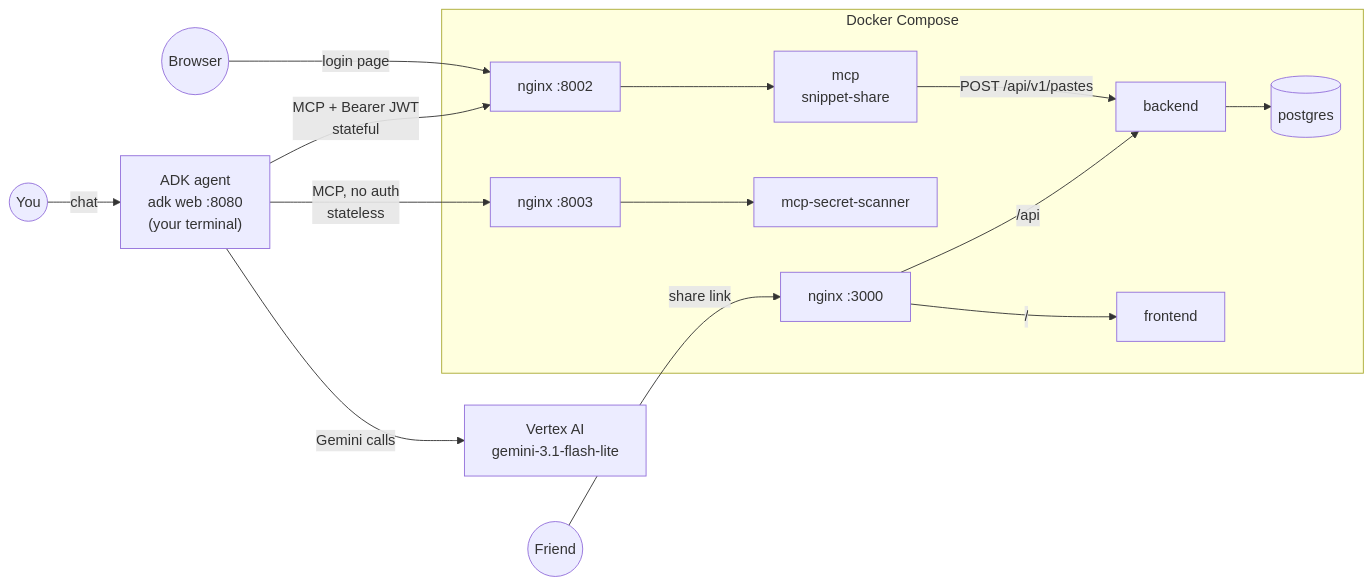
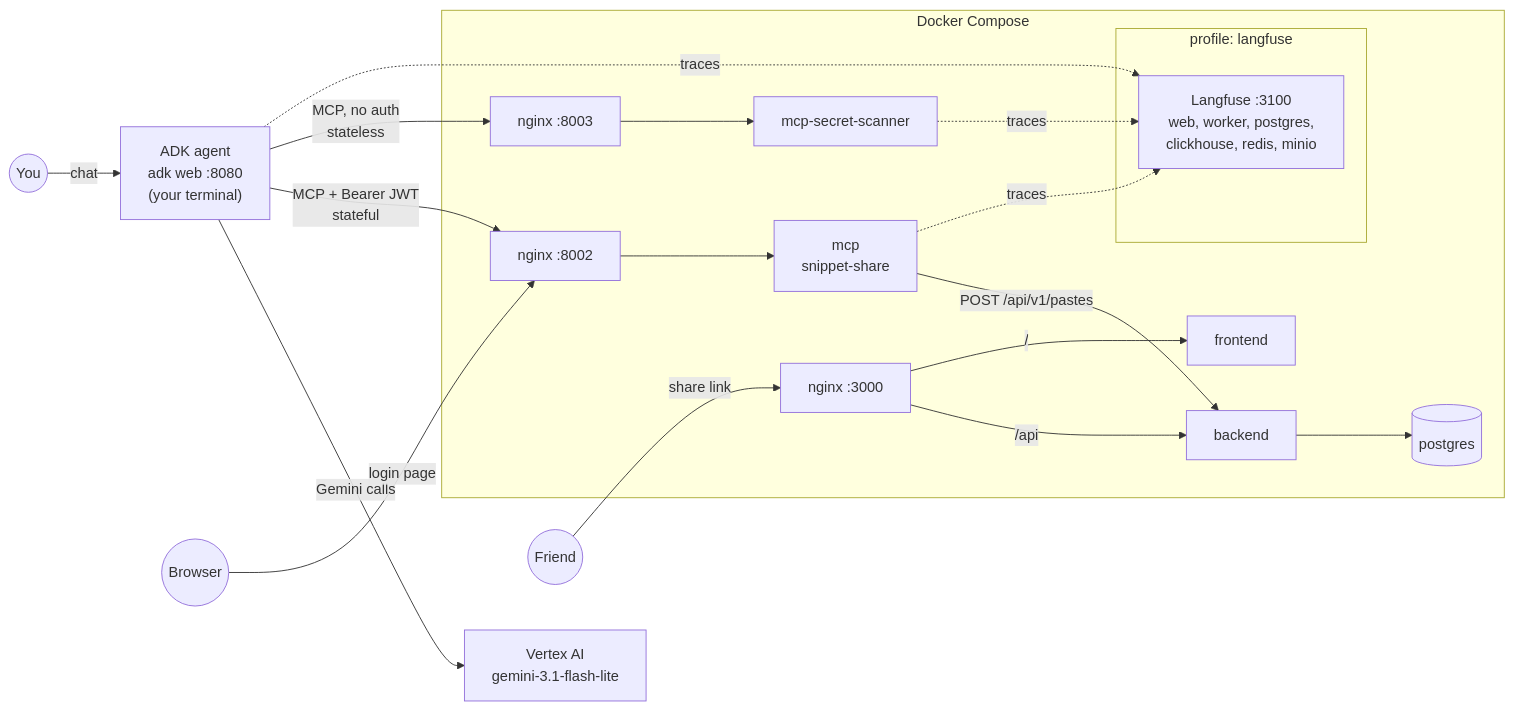
Before and after one commit to devinthoughtminds/snippet-share: the first of 3 diagrams in test-agent/TESTING.md, drawn with Mermaid. The commit also changed other lines of this file and 7 other files, not shown here.

Commit message:
feat: add Google ADK test agent and evaluation suite for MCP server testing

````diff
--- a/test-agent/TESTING.md
+++ b/test-agent/TESTING.md
@@ -16,19 +22,25 @@
 ```mermaid
 flowchart LR
     You((You)) -->|chat| ADK["ADK agent<br/>adk web :8080<br/>(your terminal)"]
     ADK -->|Gemini calls| Vertex[Vertex AI<br/>gemini-3.1-flash-lite]
     ADK -->|MCP + Bearer JWT<br/>stateful| N8002
     ADK -->|MCP, no auth<br/>stateless| N8003
+    ADK -.->|traces| LF
 
     subgraph Docker Compose
         N8002[nginx :8002] --> MCP[mcp<br/>snippet-share]
         N8003[nginx :8003] --> SCAN[mcp-secret-scanner]
         N3000[nginx :3000] -->|/api| API[backend]
         N3000 -->|/| FE[frontend]
         MCP -->|POST /api/v1/pastes| API
         API --> DB[(postgres)]
+        MCP -.->|traces| LF
+        SCAN -.->|traces| LF
+        subgraph "profile: langfuse"
+            LF[Langfuse :3100<br/>web, worker, postgres,<br/>clickhouse, redis, minio]
+        end
     end
 
     Browser((Browser)) -->|login page| N8002
     Friend((Friend)) -->|share link| N3000
 ```
````
